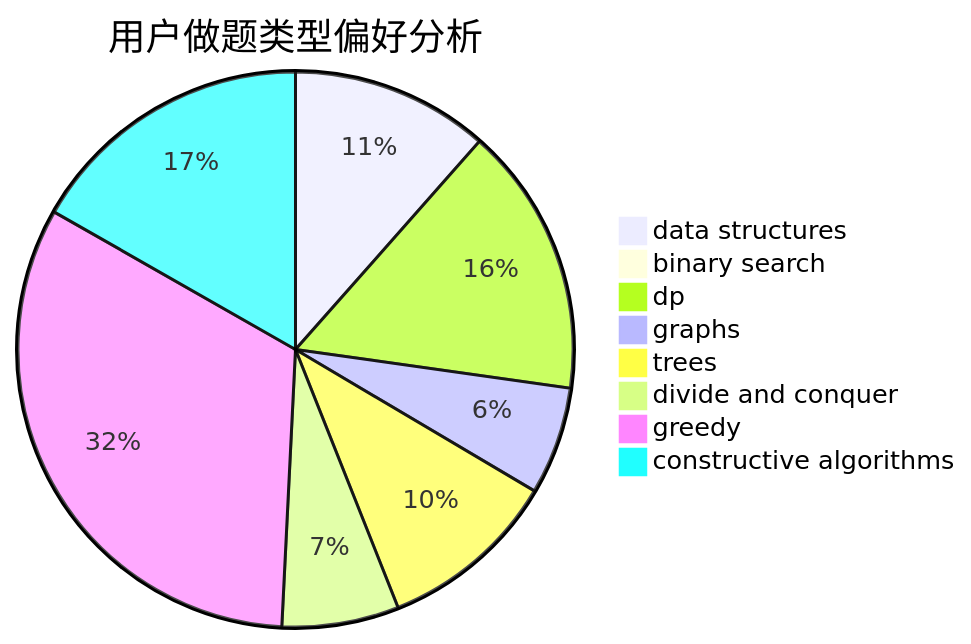
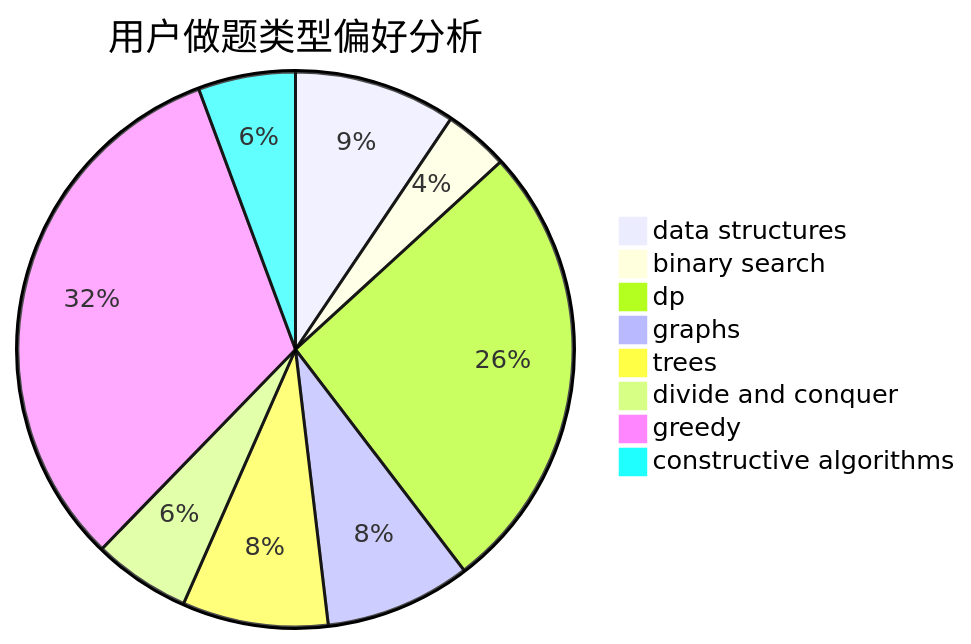
The second of 3 diagrams in docs/user/u2693.md (sherpahu/cfrs.github.io), drawn with Mermaid before and after one commit. The commit also changed other lines of this file and 2770 other files, not shown here.

````diff
--- a/docs/user/u2693.md
+++ b/docs/user/u2693.md
@@ -23,11 +23,11 @@
 ```mermaid
 pie title 用户做题类型偏好分析
-    "data structures" :  22
-    "binary search" :  1
-    "dp" :  30
-    "graphs" :  12
-    "trees" :  20
-    "divide and conquer" :  13
-    "greedy" :  62
-    "constructive algorithms" :  32
+    "data structures" :  10
+    "binary search" :  4
+    "dp" :  28
+    "graphs" :  9
+    "trees" :  9
+    "divide and conquer" :  6
+    "greedy" :  34
+    "constructive algorithms" :  6
 ```
````
